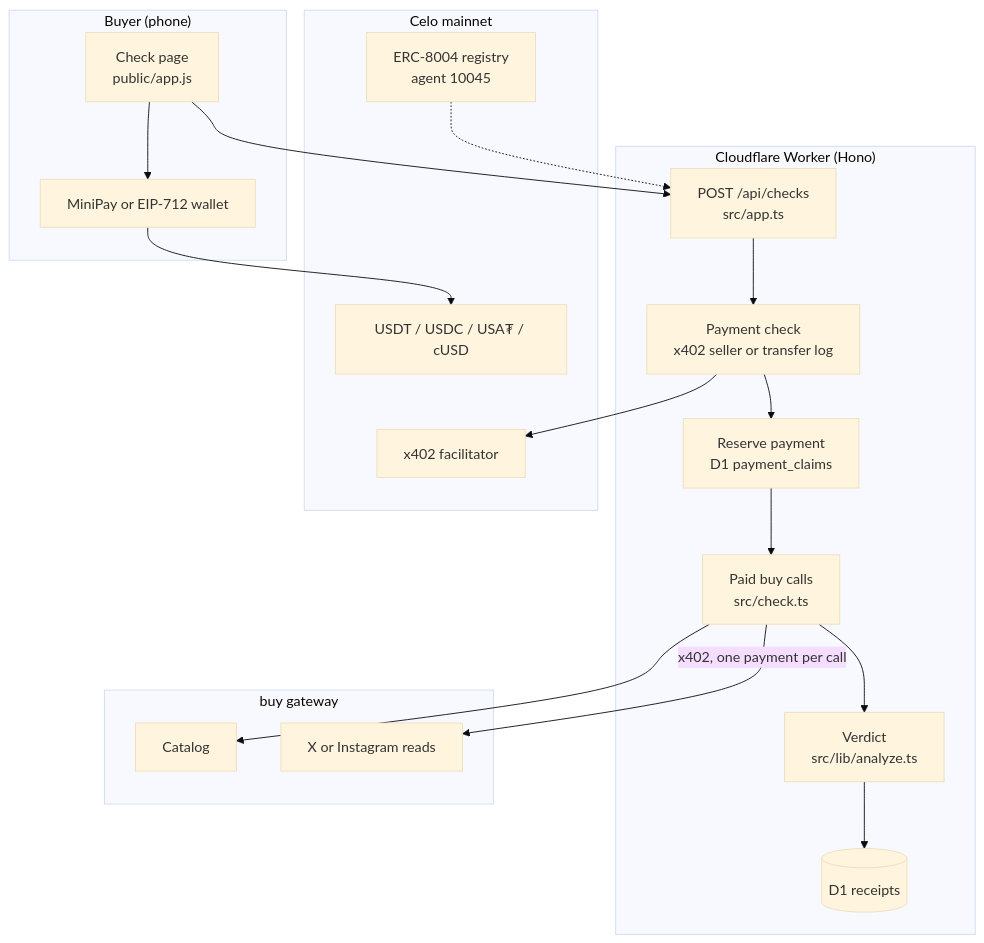
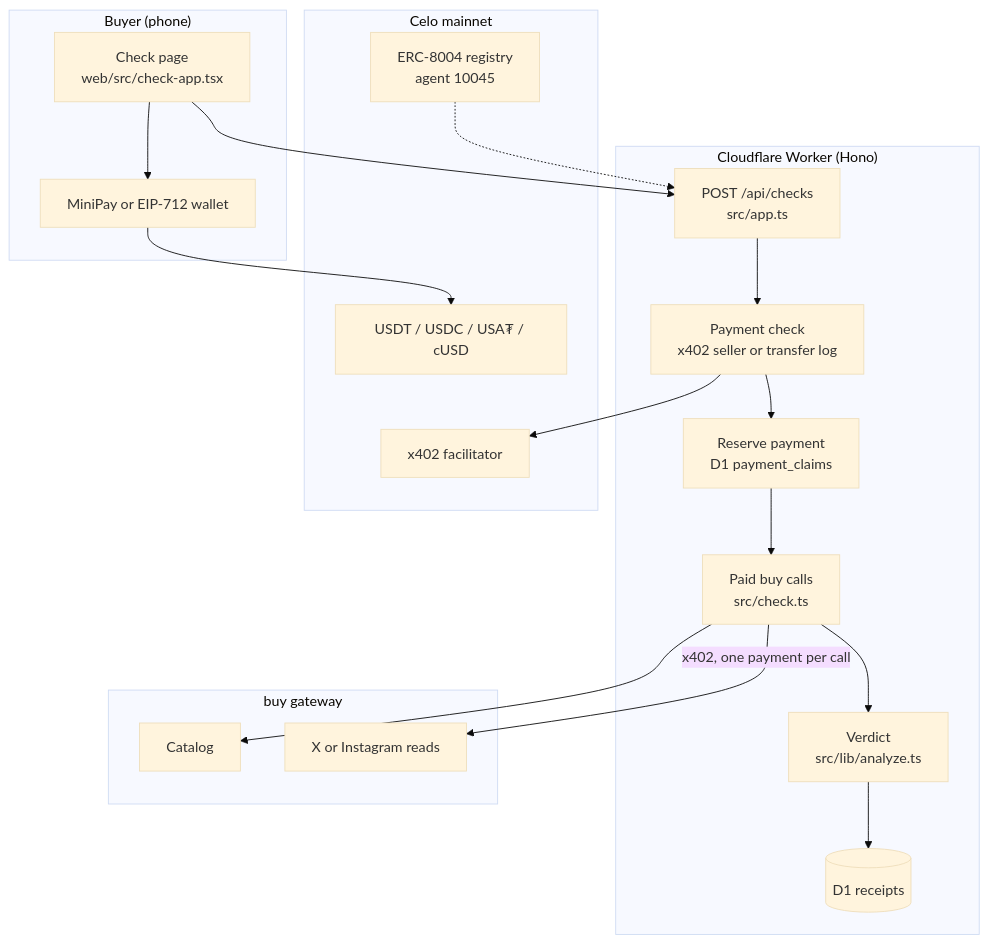
Before and after one commit to ahmardchain/pay-small-check: the first of 2 diagrams in README.md, drawn with Mermaid (base theme). The commit also changed other lines of this file and 62 other files, not shown here.

````diff
--- a/README.md
+++ b/README.md
@@ -183,32 +183,32 @@
 ```mermaid
 flowchart TB
   subgraph Buyer["Buyer (phone)"]
-    UI["Check page<br/>public/app.js"]
+    UI["Check page<br/>web/src/check-app.tsx"]
     W["MiniPay or EIP-712 wallet"]
   end
   subgraph Worker["Cloudflare Worker (Hono)"]
     API["POST /api/checks<br/>src/app.ts"]
     PAY["Payment check<br/>x402 seller or transfer log"]
     CLAIM["Reserve payment<br/>D1 payment_claims"]
     RUN["Paid buy calls<br/>src/check.ts"]
     AN["Verdict<br/>src/lib/analyze.ts"]
     DB[("D1 receipts")]
   end
   subgraph Rails["Celo mainnet"]
     FAC["x402 facilitator"]
     TOK["USDT / USDC / USA₮ / cUSD"]
     REG["ERC-8004 registry<br/>agent 10045"]
   end
   subgraph Data["buy gateway"]
     CAT["Catalog"]
     X["X or Instagram reads"]
   end
   UI --> W --> TOK
   UI --> API --> PAY
   PAY --> FAC
   PAY --> CLAIM --> RUN
   RUN --> CAT
   RUN -->|"x402, one payment per call"| X
   RUN --> AN --> DB
   REG -.-> API
 ```
````
